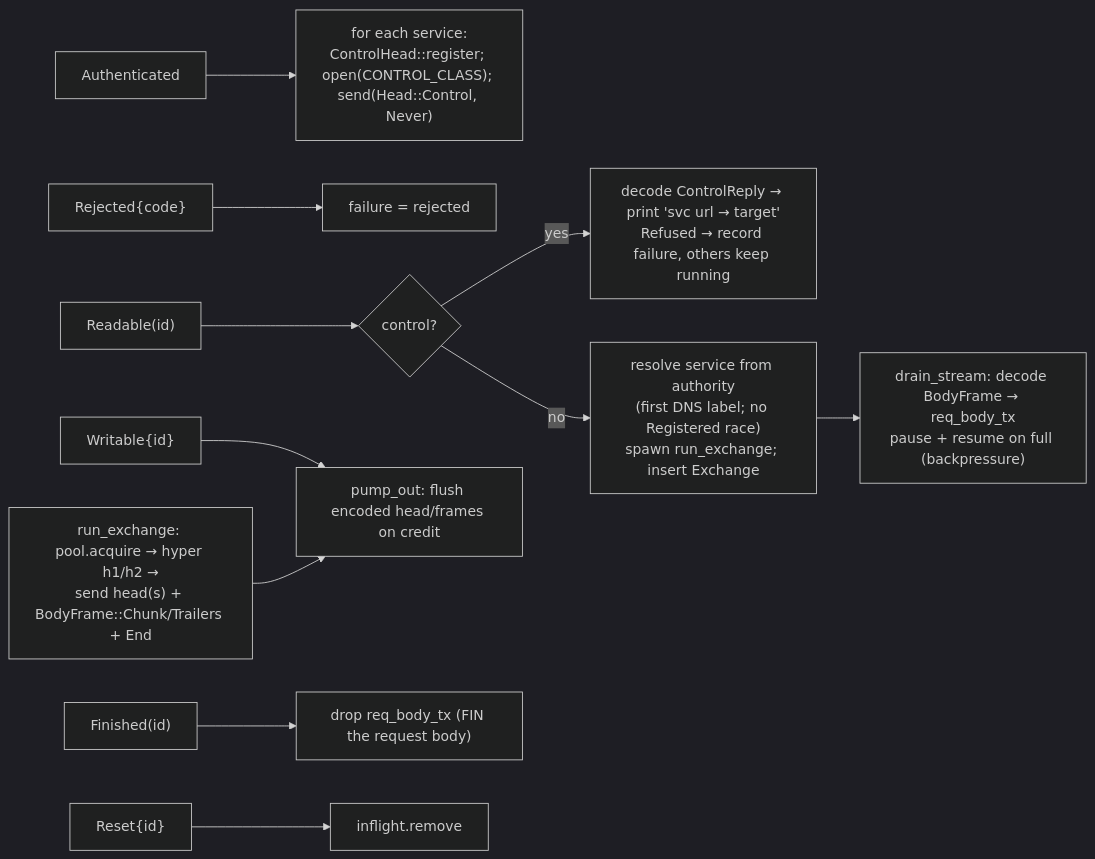
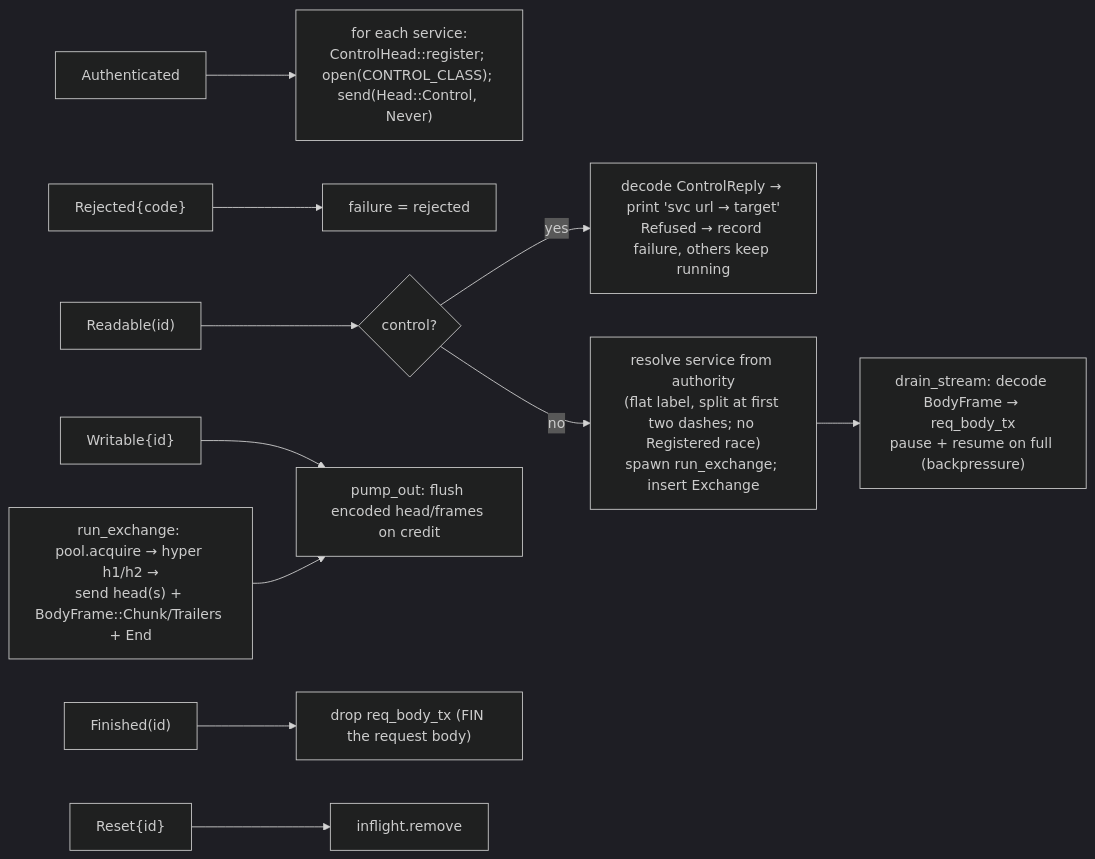
Diagram 12 of 13 in docs/architecture.md (OffworldNexus/tunnel-weaver), drawn with Mermaid (dark theme) before and after one commit. The commit also changed 53 other files, not shown here.

````diff
--- a/docs/architecture.md
+++ b/docs/architecture.md
@@ -459,13 +459,13 @@
 ```mermaid
 flowchart LR
     Auth["Authenticated"] --> openc["for each service:<br/>ControlHead::register; open(CONTROL_CLASS); send(Head::Control, Never)"]
     Rej["Rejected{code}"] --> f1["failure = rejected"]
     Rd["Readable(id)"] --> which{"control?"}
     which -- yes --> ctl["decode ControlReply → print 'svc url → target'<br/>Refused → record failure, others keep running"]
-    which -- no --> start["resolve service from authority<br/>(first DNS label; no Registered race)<br/>spawn run_exchange; insert Exchange"]
+    which -- no --> start["resolve service from authority<br/>(flat label, split at first two dashes; no Registered race)<br/>spawn run_exchange; insert Exchange"]
     start --> drain["drain_stream: decode BodyFrame → req_body_tx<br/>pause + resume on full (backpressure)"]
     Wr["Writable{id}"] --> pump["pump_out: flush encoded head/frames on credit"]
     out["run_exchange: pool.acquire → hyper h1/h2 →<br/>send head(s) + BodyFrame::Chunk/Trailers + End"] --> pump
     Fin["Finished(id)"] --> drop["drop req_body_tx (FIN the request body)"]
     Rs["Reset{id}"] --> rm["inflight.remove"]
 ```
````
